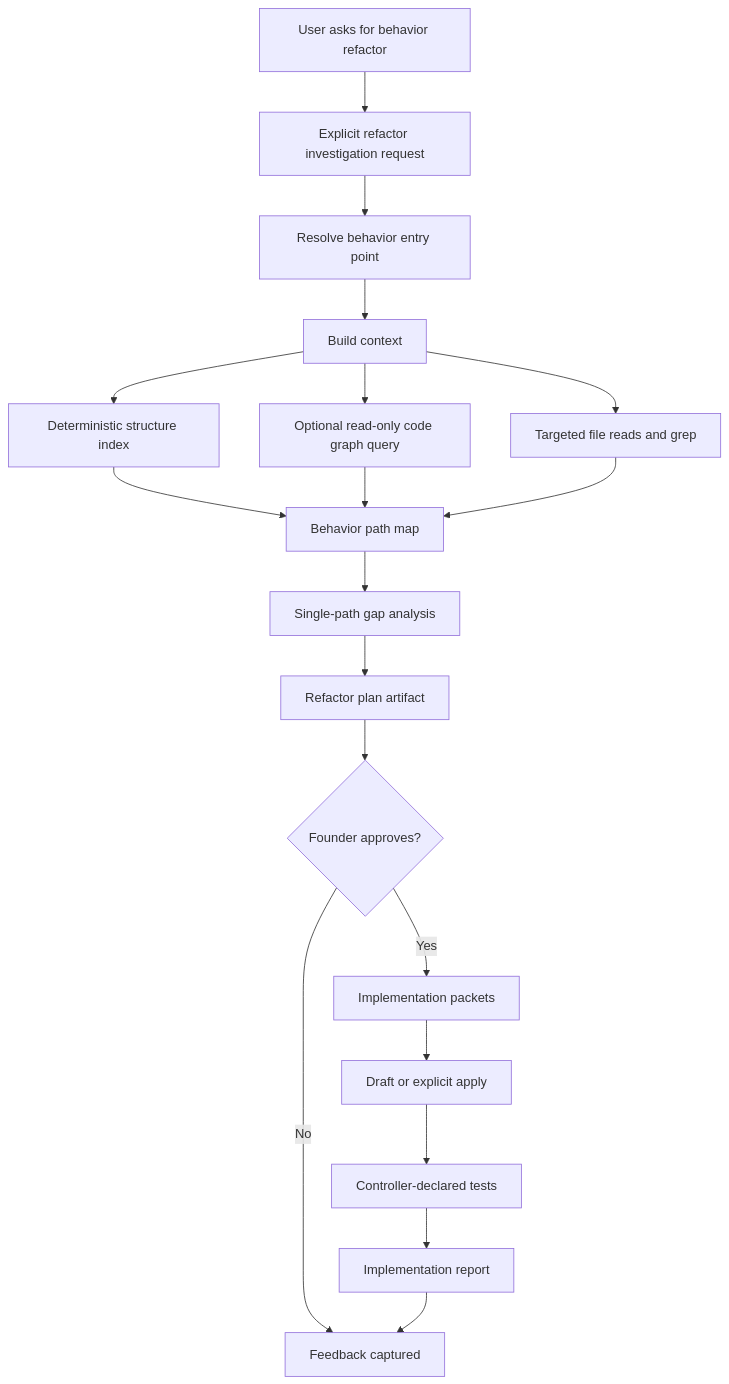
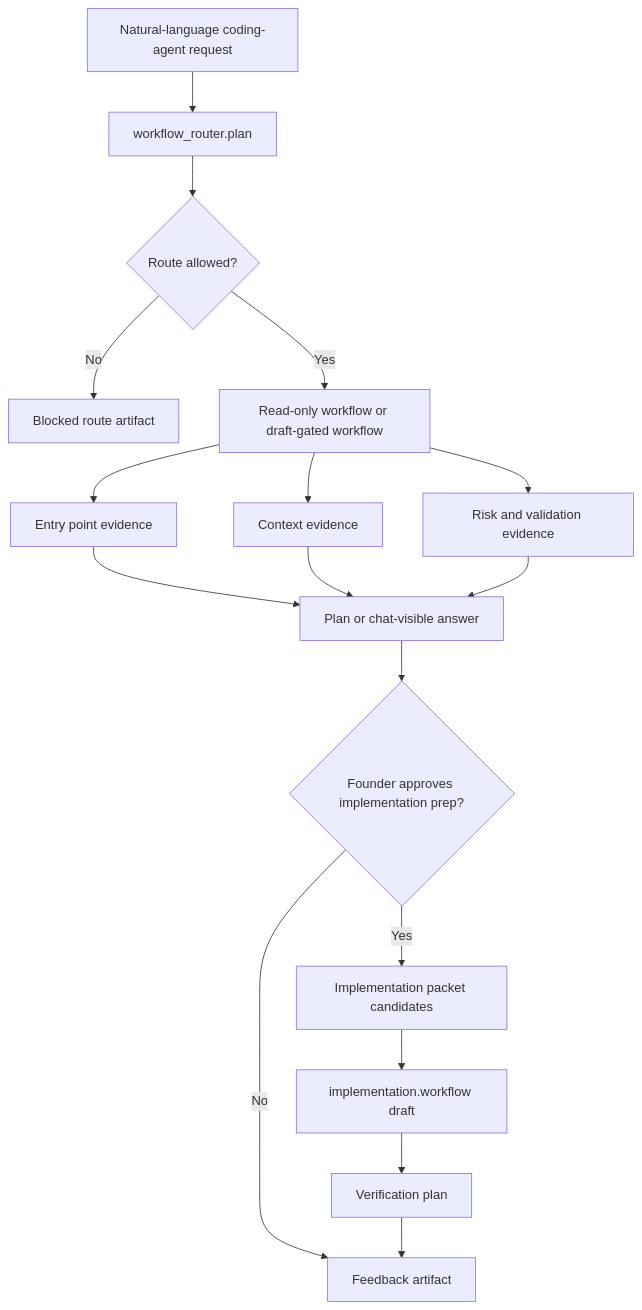
The second of 2 diagrams in docs/ACTIONABLE_WORKFLOW_ROADMAP.md (s-aws/vllm-agent-gateway), drawn with Mermaid before and after one commit. The commit also changed other lines of this file and 3542 other files, not shown here.

````diff
--- a/docs/ACTIONABLE_WORKFLOW_ROADMAP.md
+++ b/docs/ACTIONABLE_WORKFLOW_ROADMAP.md
@@ -62,25 +428,22 @@
 ```mermaid
 flowchart TD
-    Q[User asks for behavior refactor] --> R[Explicit refactor investigation request]
-    R --> B[Resolve behavior entry point]
-    B --> X[Build context]
+    Q[Natural-language coding-agent request] --> R[workflow_router.plan]
+    R --> D{Route allowed?}
+    D -->|No| STOP[Blocked route artifact]
+    D -->|Yes| I[Read-only workflow or draft-gated workflow]
 
-    X --> SI[Deterministic structure index]
-    X --> GR[Optional read-only code graph query]
-    X --> FS[Targeted file reads and grep]
+    I --> E[Entry point evidence]
+    I --> C[Context evidence]
+    I --> M[Risk and validation evidence]
 
-    SI --> MAP[Behavior path map]
-    GR --> MAP
-    FS --> MAP
+    E --> P[Plan or chat-visible answer]
+    C --> P
+    M --> P
 
-    MAP --> GAP[Single-path gap analysis]
-    GAP --> PLAN[Refactor plan artifact]
-    PLAN --> DECIDE{Founder approves?}
-
-    DECIDE -->|No| FEEDBACK[Feedback captured]
-    DECIDE -->|Yes| PACKETS[Implementation packets]
-    PACKETS --> DRAFT[Draft or explicit apply]
-    DRAFT --> TESTS[Controller-declared tests]
-    TESTS --> REPORT[Implementation report]
-    REPORT --> FEEDBACK
+    P --> A{Founder approves implementation prep?}
+    A -->|No| F[Feedback artifact]
+    A -->|Yes| K[Implementation packet candidates]
+    K --> W[implementation.workflow draft]
+    W --> V[Verification plan]
+    V --> F
 ```
````
